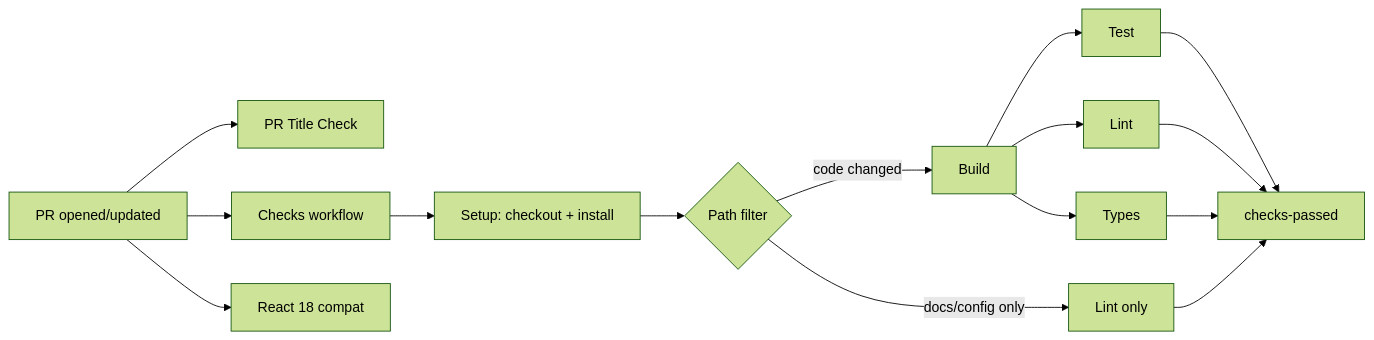
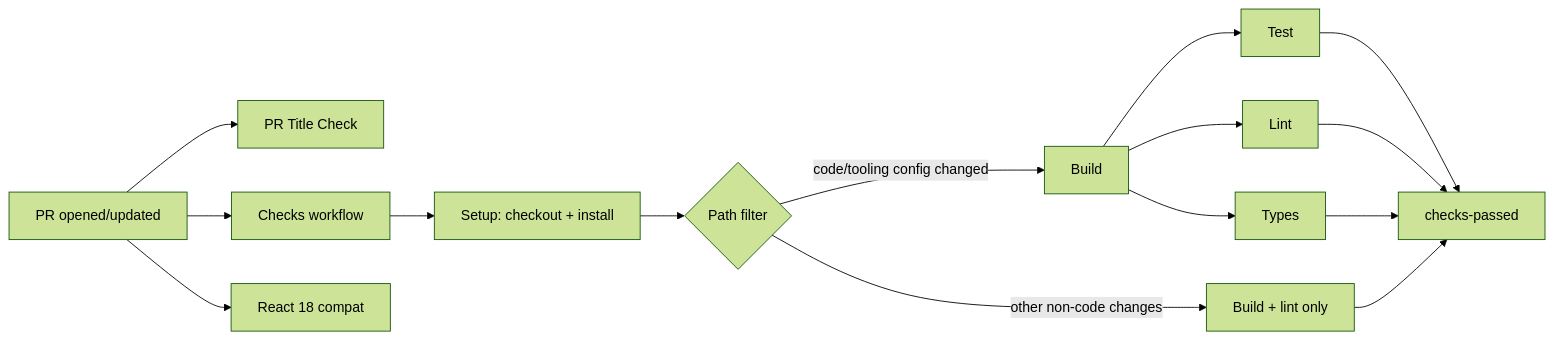
One commit to equinor/design-system changed the first of 2 diagrams in documentation/how-to/CI_CD_OVERVIEW.md. Above: the diagram before and after it, drawn with Mermaid (forest theme). The commit also changed other lines of this file and 8 other files, not shown here.

````diff
--- a/documentation/how-to/CI_CD_OVERVIEW.md
+++ b/documentation/how-to/CI_CD_OVERVIEW.md
@@ -69,18 +69,18 @@
 ```mermaid
 graph LR
     PR[PR opened/updated] --> TC[PR Title Check]
     PR --> CH[Checks workflow]
     PR --> R18[React 18 compat]
 
     CH --> S[Setup: checkout + install]
     S --> PF{Path filter}
-    PF -->|code changed| B[Build]
-    PF -->|docs/config only| LO[Lint only]
+    PF -->|code/tooling config changed| B[Build]
+    PF -->|other non-code changes| LO[Build + lint only]
     B --> T[Test]
     B --> L[Lint]
     B --> TY[Types]
     T --> CP[checks-passed]
     L --> CP
     TY --> CP
     LO --> CP
 ```
````
